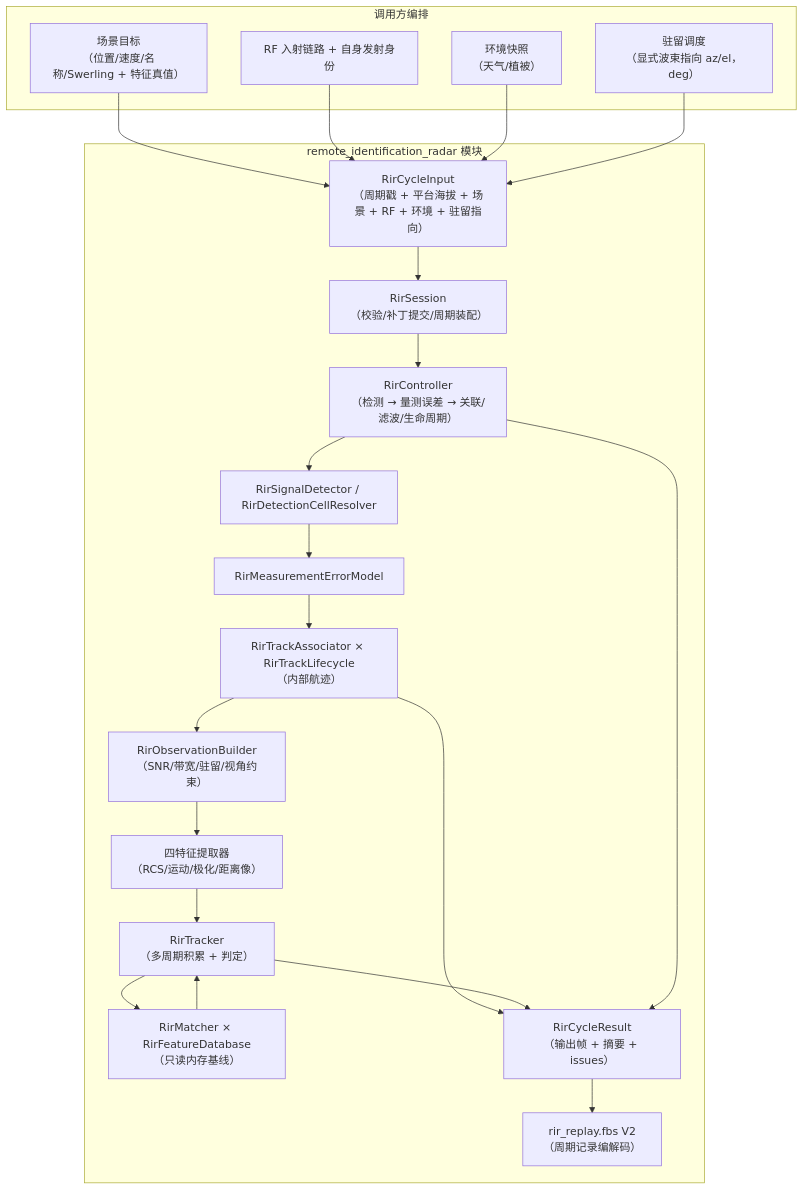
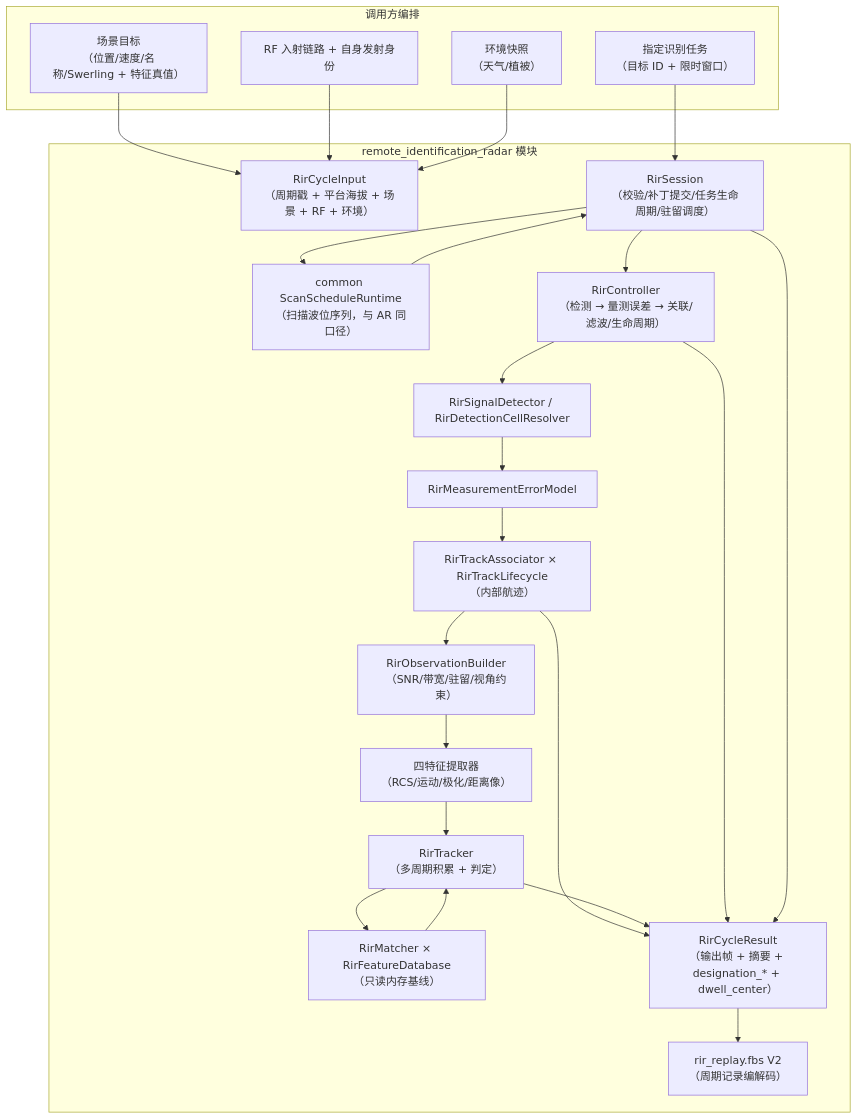
The diagram in docs/remote_identification_radar/data-flow.md (boilwater-3/1q), drawn with Mermaid before and after one commit. The commit also changed other lines of this file and 17 other files, not shown here.

First line of the commit message:
feat(remote_identification_radar): add in-library dwell scheduler with designated identification task

````diff
--- a/docs/remote_identification_radar/data-flow.md
+++ b/docs/remote_identification_radar/data-flow.md
@@ -12,43 +12,46 @@
 ```mermaid
 flowchart TB
   subgraph Caller["调用方编排"]
     Scene["场景目标\n（位置/速度/名称/Swerling + 特征真值）"]
     Rf["RF 入射链路 + 自身发射身份"]
     Env["环境快照\n（天气/植被）"]
-    Dwell["驻留调度\n（显式波束指向 az/el，deg）"]
+    Task["指定识别任务\n（目标 ID + 限时窗口）"]
   end
 
   subgraph Rir["remote_identification_radar 模块"]
-    Input["RirCycleInput\n（周期戳 + 平台海拔 + 场景 + RF + 环境 + 驻留指向）"]
-    Session["RirSession\n（校验/补丁提交/周期装配）"]
+    Input["RirCycleInput\n（周期戳 + 平台海拔 + 场景 + RF + 环境）"]
+    Session["RirSession\n（校验/补丁提交/任务生命周期/驻留调度）"]
+    ScanKernel["common ScanScheduleRuntime\n（扫描波位序列，与 AR 同口径）"]
     Controller["RirController\n（检测 → 量测误差 → 关联/滤波/生命周期）"]
     Detector["RirSignalDetector / RirDetectionCellResolver"]
     Measurement["RirMeasurementErrorModel"]
     Track["RirTrackAssociator × RirTrackLifecycle\n（内部航迹）"]
     Builder["RirObservationBuilder\n（SNR/带宽/驻留/视角约束）"]
     Extract["四特征提取器\n（RCS/运动/极化/距离像）"]
     Tracker["RirTracker\n（多周期积累 + 判定）"]
     Matcher["RirMatcher × RirFeatureDatabase\n（只读内存基线）"]
-    Result["RirCycleResult\n（输出帧 + 摘要 + issues）"]
+    Result["RirCycleResult\n（输出帧 + 摘要 + designation_* + dwell_center）"]
     Replay["rir_replay.fbs V2\n（周期记录编解码）"]
   end
 
   Scene --> Input
   Rf --> Input
   Env --> Input
-  Dwell --> Input
-  Input --> Session
+  Task --> Session
+  Session --> ScanKernel
+  ScanKernel --> Session
   Session --> Controller
   Controller --> Detector
   Detector --> Measurement
   Measurement --> Track
   Track --> Builder
   Builder --> Extract
   Extract --> Tracker
   Tracker --> Matcher
   Matcher --> Tracker
   Track --> Result
   Tracker --> Result
   Controller --> Result
+  Session --> Result
   Result --> Replay
 ```
````
